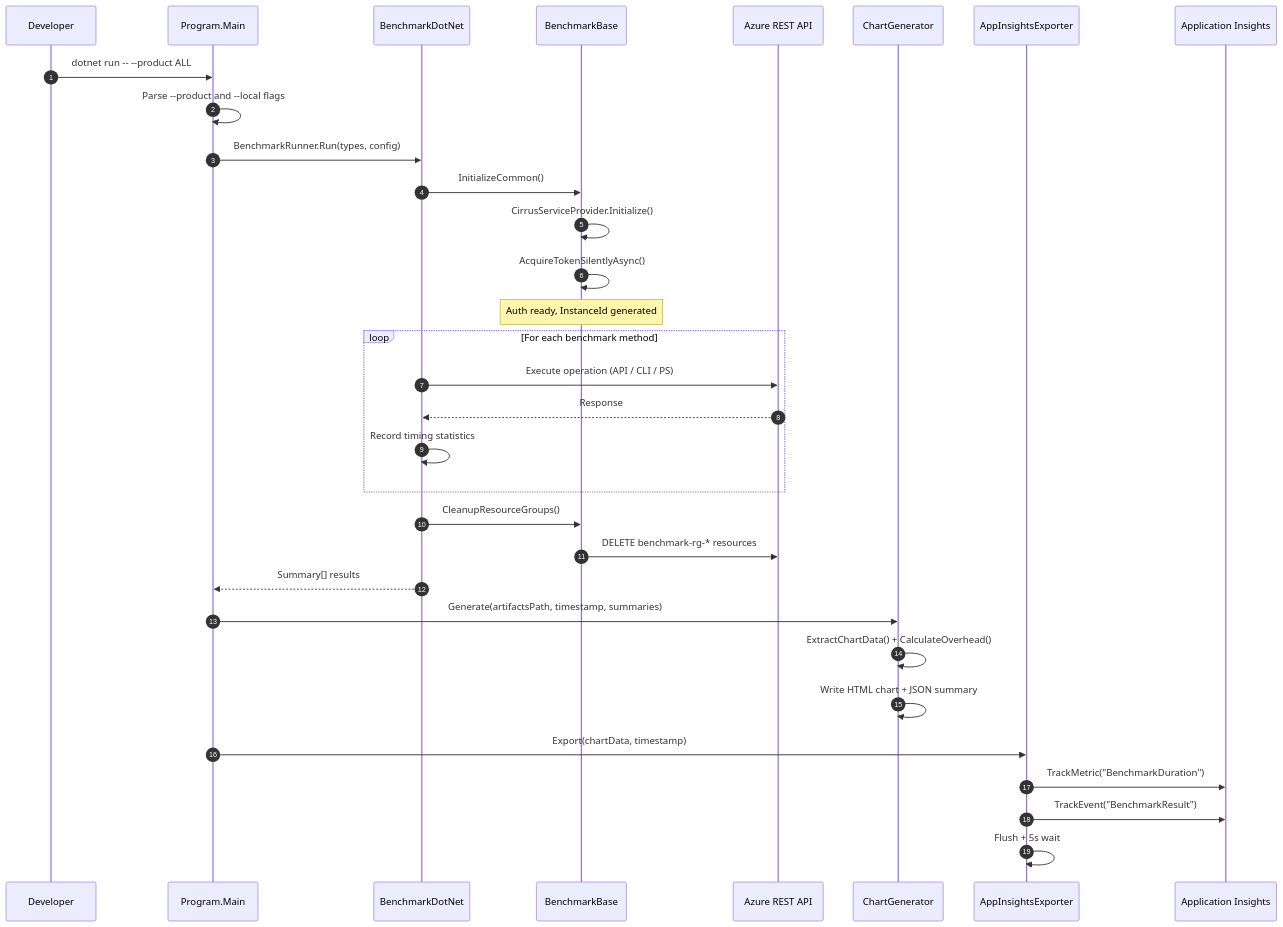
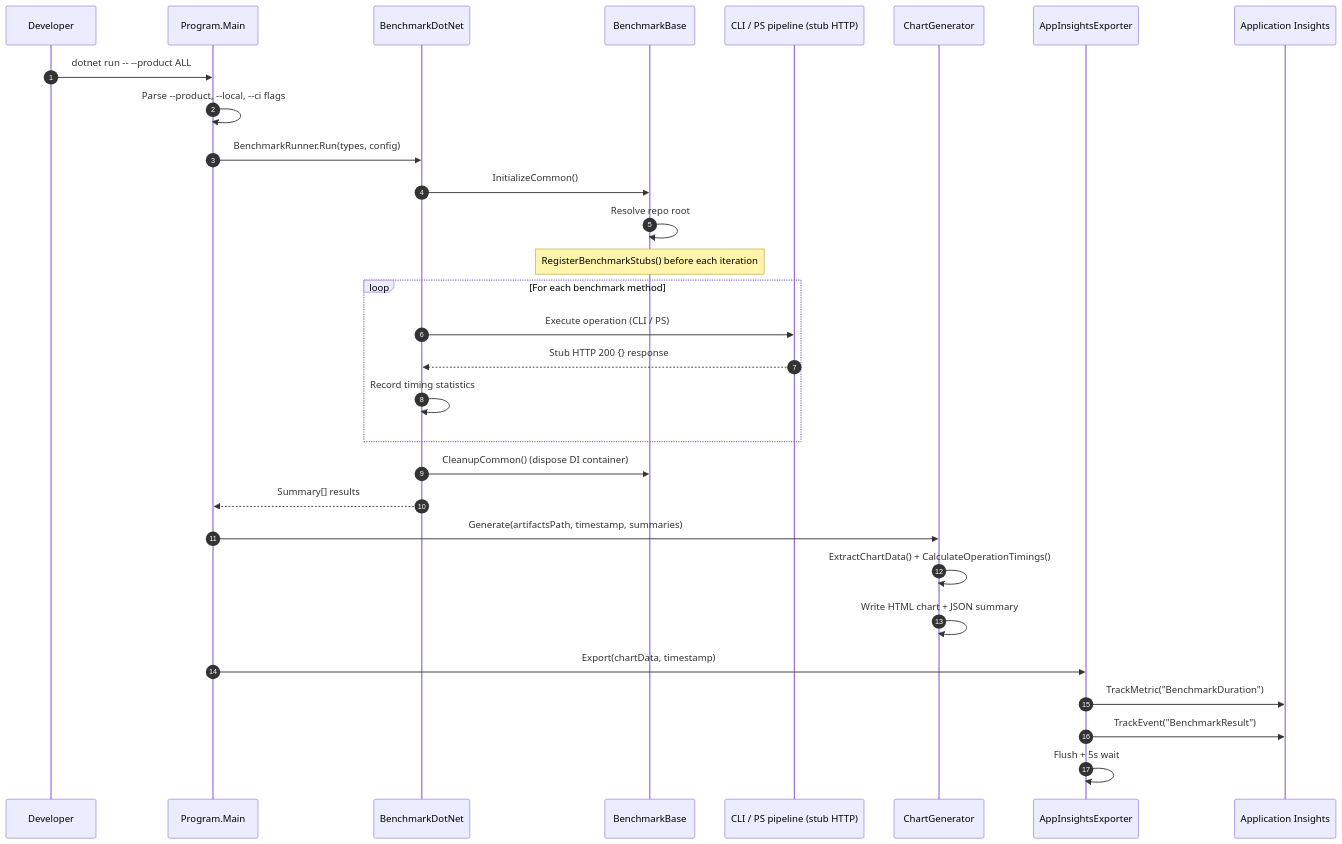
One commit to Azure/azclips changed the second of 2 diagrams in wiki/02-deep-dive/testing-benchmarking.md. Above: the diagram before and after it, drawn with Mermaid. The commit also changed other lines of this file and 6 other files, not shown here.

First line of the commit message:
refactor(benchmark): remove leftover API benchmark references

````diff
--- a/wiki/02-deep-dive/testing-benchmarking.md
+++ b/wiki/02-deep-dive/testing-benchmarking.md
@@ -260,41 +251,39 @@
 ```mermaid
 sequenceDiagram
     autonumber
     participant Dev as Developer
     participant Prog as Program.Main
     participant BDN as BenchmarkDotNet
     participant Base as BenchmarkBase
-    participant Azure as Azure REST API
+    participant Pipe as CLI / PS pipeline (stub HTTP)
     participant CG as ChartGenerator
     participant AIE as AppInsightsExporter
     participant AI as Application Insights
 
     Dev->>Prog: dotnet run -- --product ALL
-    Prog->>Prog: Parse --product and --local flags
+    Prog->>Prog: Parse --product, --local, --ci flags
     Prog->>BDN: BenchmarkRunner.Run(types, config)
 
     BDN->>Base: InitializeCommon()
-    Base->>Base: CirrusServiceProvider.Initialize()
-    Base->>Base: AcquireTokenSilentlyAsync()
-    Note over Base: Auth ready, InstanceId generated
+    Base->>Base: Resolve repo root
+    Note over Base: RegisterBenchmarkStubs() before each iteration
 
     loop For each benchmark method
-        BDN->>Azure: Execute operation (API / CLI / PS)
-        Azure-->>BDN: Response
+        BDN->>Pipe: Execute operation (CLI / PS)
+        Pipe-->>BDN: Stub HTTP 200 {} response
         BDN->>BDN: Record timing statistics
     end
 
-    BDN->>Base: CleanupResourceGroups()
-    Base->>Azure: DELETE benchmark-rg-* resources
+    BDN->>Base: CleanupCommon() (dispose DI container)
 
     BDN-->>Prog: Summary[] results
 
     Prog->>CG: Generate(artifactsPath, timestamp, summaries)
-    CG->>CG: ExtractChartData() + CalculateOverhead()
+    CG->>CG: ExtractChartData() + CalculateOperationTimings()
     CG->>CG: Write HTML chart + JSON summary
 
     Prog->>AIE: Export(chartData, timestamp)
     AIE->>AI: TrackMetric("BenchmarkDuration")
     AIE->>AI: TrackEvent("BenchmarkResult")
     AIE->>AIE: Flush + 5s wait
 ```
````
